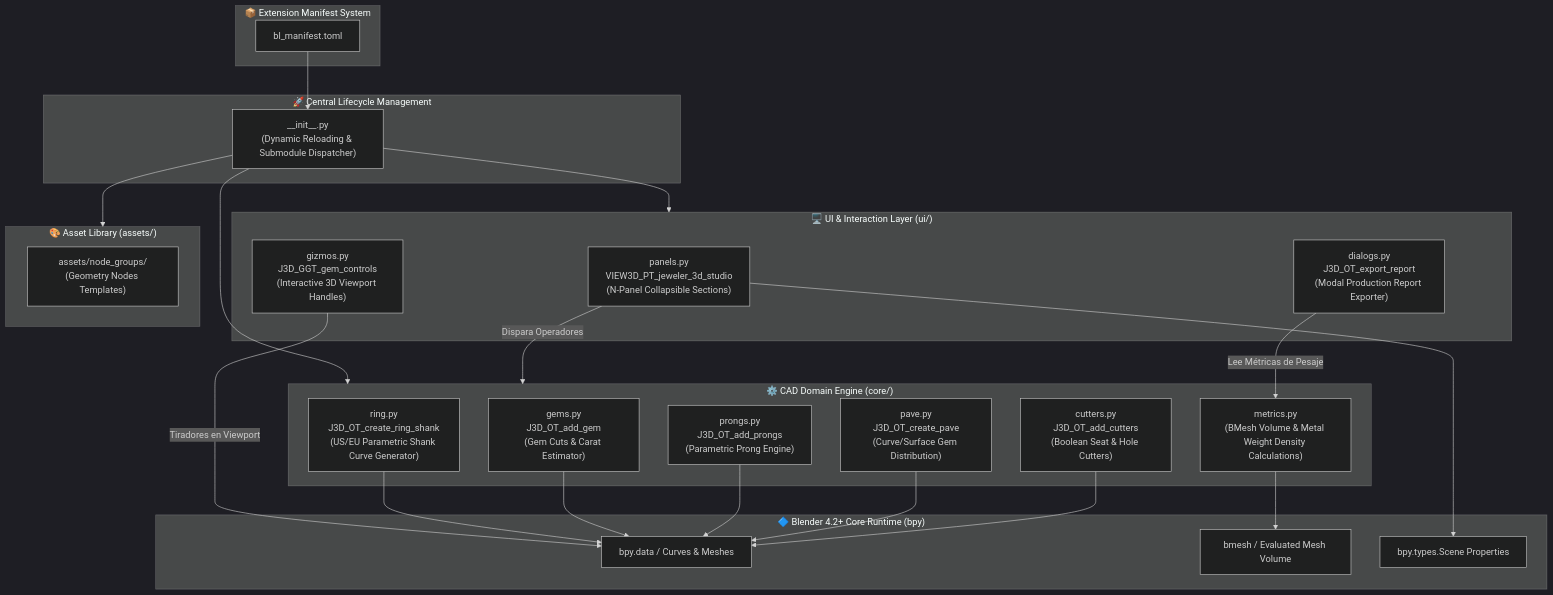
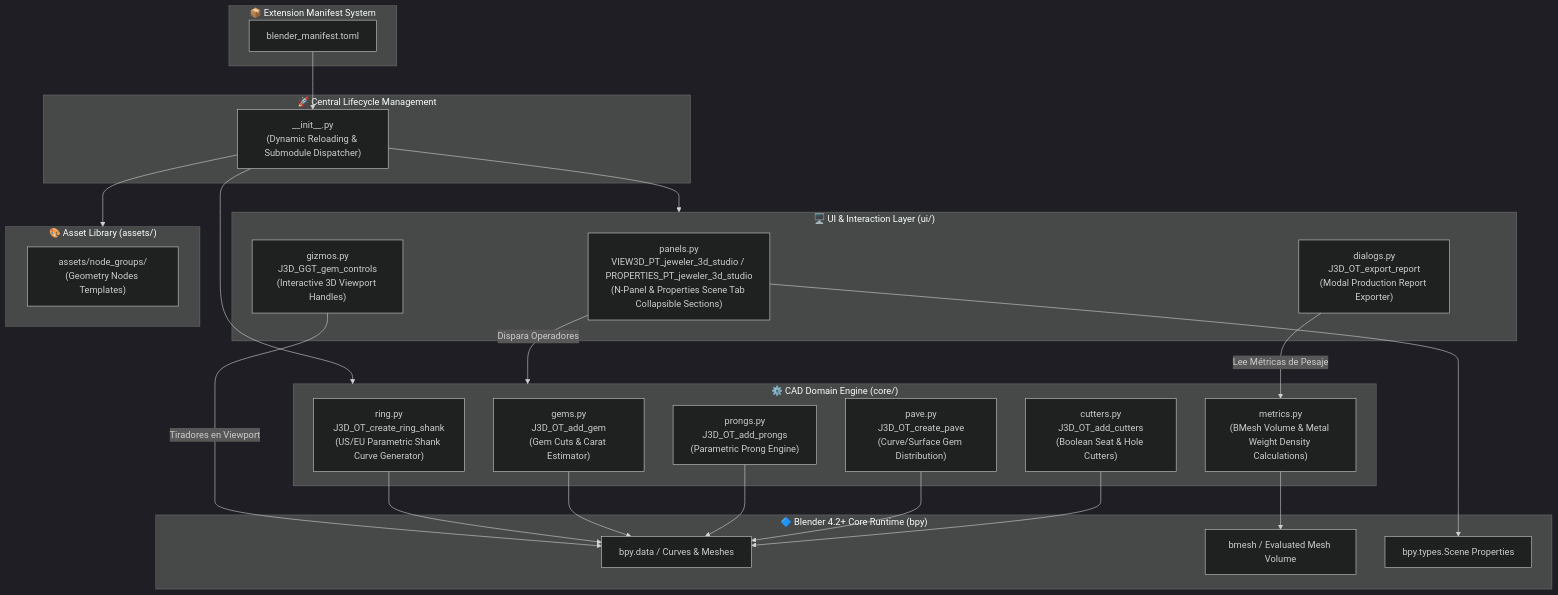
The diagram in overview/architecture.md (xolotl-hub/jeweler-3d-studio), drawn with Mermaid (dark theme) before and after one commit. The commit also changed other lines of this file and 44 other files, not shown here.

````diff
--- a/overview/architecture.md
+++ b/overview/architecture.md
@@ -9,52 +9,52 @@
 ```mermaid
 graph TD
     subgraph Manifest ["📦 Extension Manifest System"]
-        M[bl_manifest.toml]
+        M[blender_manifest.toml]
     end
 
     subgraph EntryPoint ["🚀 Central Lifecycle Management"]
         Init["__init__.py\n(Dynamic Reloading & Submodule Dispatcher)"]
     end
 
     subgraph UI ["🖥️ UI & Interaction Layer (ui/)"]
-        P["panels.py\nVIEW3D_PT_jeweler_3d_studio\n(N-Panel Collapsible Sections)"]
+        P["panels.py\nVIEW3D_PT_jeweler_3d_studio / PROPERTIES_PT_jeweler_3d_studio\n(N-Panel & Properties Scene Tab Collapsible Sections)"]
         D["dialogs.py\nJ3D_OT_export_report\n(Modal Production Report Exporter)"]
         G["gizmos.py\nJ3D_GGT_gem_controls\n(Interactive 3D Viewport Handles)"]
     end
 
     subgraph Core ["⚙️ CAD Domain Engine (core/)"]
         Ring["ring.py\nJ3D_OT_create_ring_shank\n(US/EU Parametric Shank Curve Generator)"]
         Gems["gems.py\nJ3D_OT_add_gem\n(Gem Cuts & Carat Estimator)"]
         Prongs["prongs.py\nJ3D_OT_add_prongs\n(Parametric Prong Engine)"]
         Pave["pave.py\nJ3D_OT_create_pave\n(Curve/Surface Gem Distribution)"]
         Cutters["cutters.py\nJ3D_OT_add_cutters\n(Boolean Seat & Hole Cutters)"]
         Metrics["metrics.py\n(BMesh Volume & Metal Weight Density Calculations)"]
     end
 
     subgraph Assets ["🎨 Asset Library (assets/)"]
         NodeGroups["assets/node_groups/\n(Geometry Nodes Templates)"]
     end
 
     subgraph BlenderAPI ["🔷 Blender 4.2+ Core Runtime (bpy)"]
         BPY_Data[bpy.data / Curves & Meshes]
         BPY_BMesh[bmesh / Evaluated Mesh Volume]
         BPY_Scene[bpy.types.Scene Properties]
     end
 
     M --> Init
     Init --> UI
     Init --> Core
     Init --> Assets
 
     P -->|Dispara Operadores| Core
     D -->|Lee Métricas de Pesaje| Metrics
     G -->|Tiradores en Viewport| BPY_Data
 
     Ring --> BPY_Data
     Gems --> BPY_Data
     Prongs --> BPY_Data
     Pave --> BPY_Data
     Cutters --> BPY_Data
     Metrics --> BPY_BMesh
     P --> BPY_Scene
 ```
````
